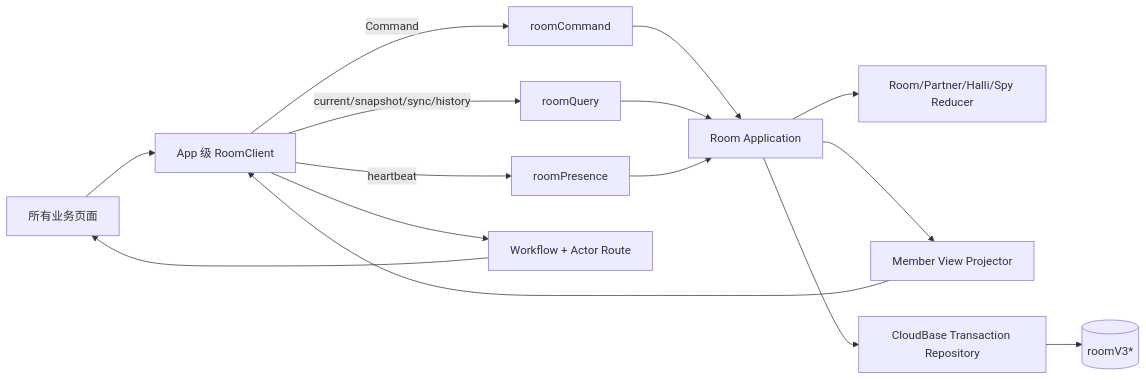
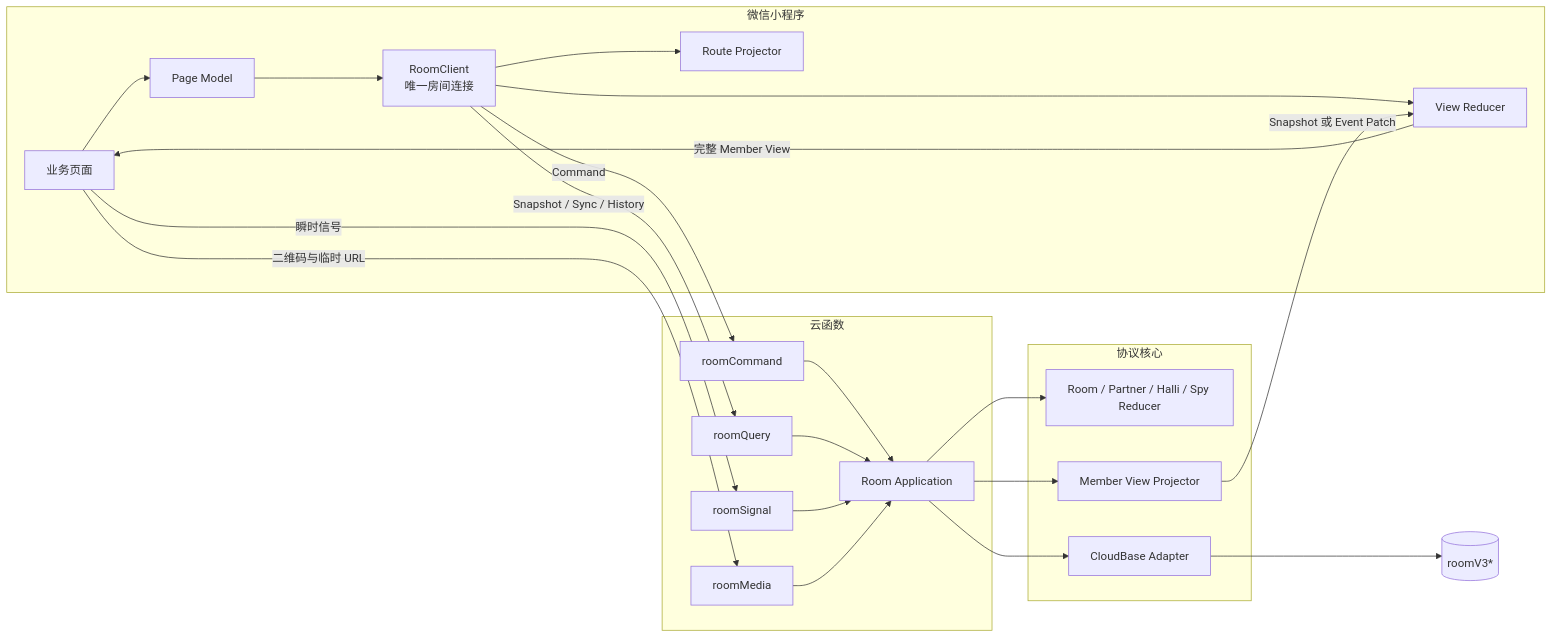
One commit to Bubble-419/cardboard-miniprogram changed the second of 4 diagrams in docs/ROOM_SYSTEM_INDEX.md. Above: the diagram before and after it, drawn with Mermaid. The commit also changed other lines of this file and 26 other files, not shown here.

````diff
--- a/docs/ROOM_SYSTEM_INDEX.md
+++ b/docs/ROOM_SYSTEM_INDEX.md
@@ -42,17 +35,42 @@
 ```mermaid
 flowchart LR
-  UI[所有业务页面] --> RC[App 级 RoomClient]
-  RC -->|Command| C[roomCommand]
-  RC -->|current/snapshot/sync/history| Q[roomQuery]
-  RC -->|heartbeat| P[roomPresence]
-  C --> APP[Room Application]
-  Q --> APP
-  P --> APP
-  APP --> DOM[Room/Partner/Halli/Spy Reducer]
-  APP --> PROJ[Member View Projector]
-  APP --> REPO[CloudBase Transaction Repository]
+  subgraph Client[微信小程序]
+    PAGE[业务页面]
+    PM[Page Model]
+    RC[RoomClient<br/>唯一房间连接]
+    VR[View Reducer]
+    NAV[Route Projector]
+    PAGE --> PM --> RC
+    RC --> VR
+    RC --> NAV
+  end
+
+  subgraph Functions[云函数]
+    CMD[roomCommand]
+    QUERY[roomQuery]
+    SIGNAL[roomSignal]
+    MEDIA[roomMedia]
+    APP[Room Application]
+    CMD --> APP
+    QUERY --> APP
+    SIGNAL --> APP
+    MEDIA --> APP
+  end
+
+  subgraph Core[协议核心]
+    DOMAIN[Room / Partner / Halli / Spy Reducer]
+    PROJ[Member View Projector]
+    REPO[CloudBase Adapter]
+    APP --> DOMAIN
+    APP --> PROJ
+    APP --> REPO
+  end
+
+  RC -->|Command| CMD
+  RC -->|Snapshot / Sync / History| QUERY
+  PAGE -->|瞬时信号| SIGNAL
+  PAGE -->|二维码与临时 URL| MEDIA
   REPO --> DB[(roomV3*)]
-  PROJ --> RC
-  RC --> NAV[Workflow + Actor Route]
-  NAV --> UI
+  PROJ -->|Snapshot 或 Event Patch| VR
+  VR -->|完整 Member View| PAGE
 ```
````
